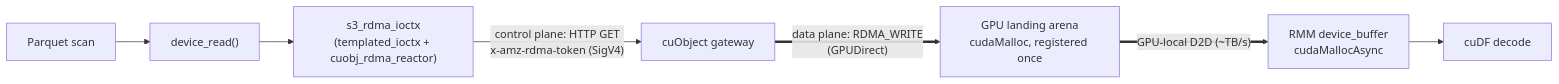
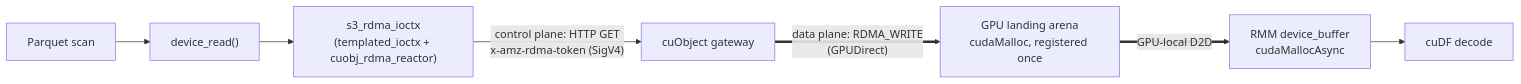
Before and after one commit to sirius-db/sirius: the first of 2 diagrams in experimental/s3-rdma-transport-design.md, drawn with Mermaid. The commit also changed other lines of this file and 1 other file, not shown here.

````diff
--- a/experimental/s3-rdma-transport-design.md
+++ b/experimental/s3-rdma-transport-design.md
@@ -43,9 +36,9 @@
 ```mermaid
 flowchart LR
   scan["Parquet scan"] --> dr["device_read()"]
   dr --> ic["s3_rdma_ioctx<br/>(templated_ioctx + cuobj_rdma_reactor)"]
   ic -- "control plane: HTTP GET<br/>x-amz-rdma-token (SigV4)" --> gw["cuObject gateway"]
   gw == "data plane: RDMA_WRITE<br/>(GPUDirect)" ==> arena["GPU landing arena<br/>cudaMalloc, registered once"]
-  arena == "GPU-local D2D (~TB/s)" ==> rmm["RMM device_buffer<br/>cudaMallocAsync"]
+  arena == "GPU-local D2D" ==> rmm["RMM device_buffer<br/>cudaMallocAsync"]
   rmm --> decode["cuDF decode"]
 ```
````
